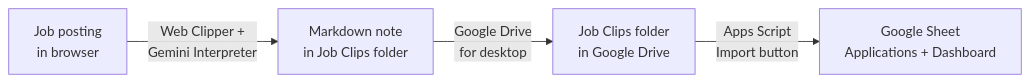
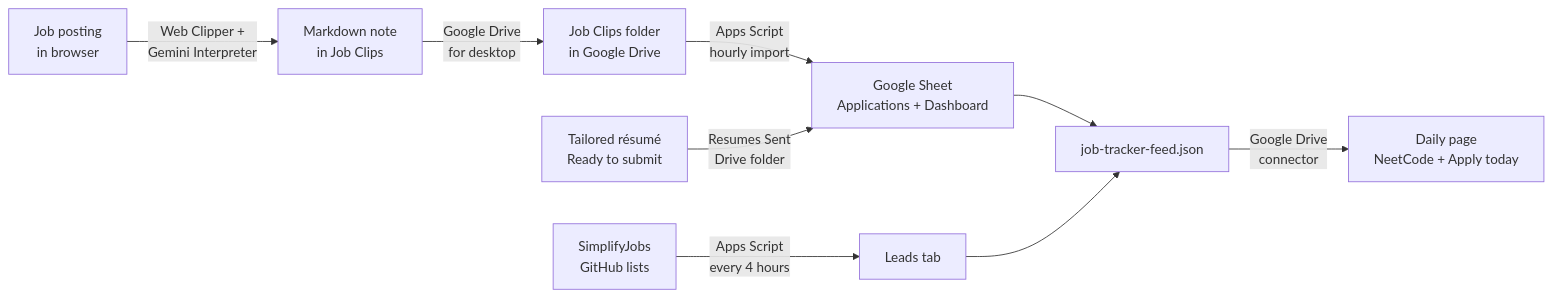
One commit to Ranaah05/obsidian-job-tracker changed the diagram in README.md. Above: the diagram before and after it, drawn with Mermaid. The commit also changed other lines of this file and 1 other file, not shown here.

````diff
--- a/README.md
+++ b/README.md
@@ -7,6 +7,11 @@
 ```mermaid
 flowchart LR
-    A[Job posting<br/>in browser] -->|Web Clipper +<br/>Gemini Interpreter| B[Markdown note<br/>in Job Clips folder]
+    A[Job posting<br/>in browser] -->|Web Clipper +<br/>Gemini Interpreter| B[Markdown note<br/>in Job Clips]
     B -->|Google Drive<br/>for desktop| C[Job Clips folder<br/>in Google Drive]
-    C -->|Apps Script<br/>Import button| D[Google Sheet<br/>Applications + Dashboard]
+    C -->|Apps Script<br/>hourly import| D[Google Sheet<br/>Applications + Dashboard]
+    G[SimplifyJobs<br/>GitHub lists] -->|Apps Script<br/>every 4 hours| L[Leads tab]
+    R[Tailored résumé<br/>Ready to submit] -->|Resumes Sent<br/>Drive folder| D
+    D --> F[job-tracker-feed.json]
+    L --> F
+    F -->|Google Drive<br/>connector| P[Daily page<br/>NeetCode + Apply today]
 ```
````
